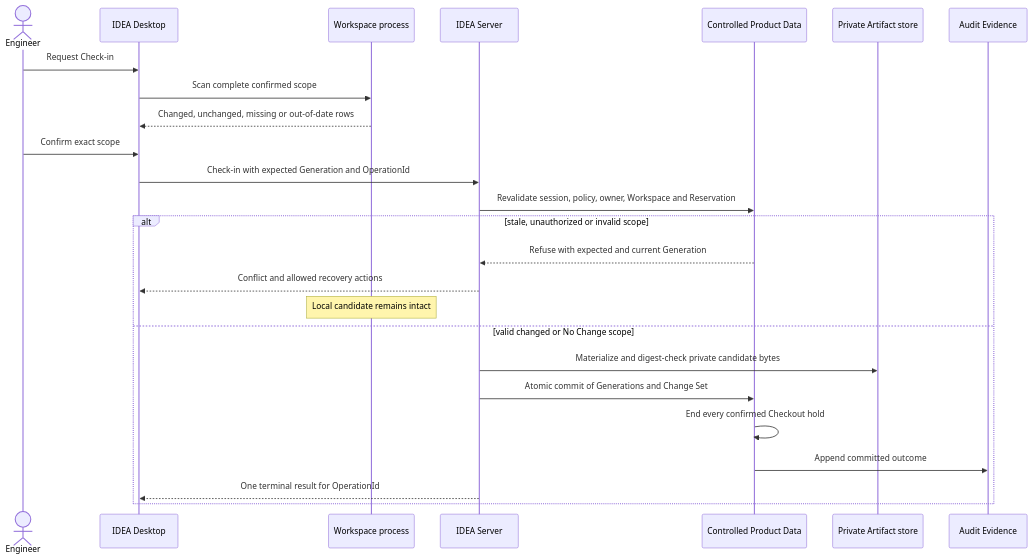
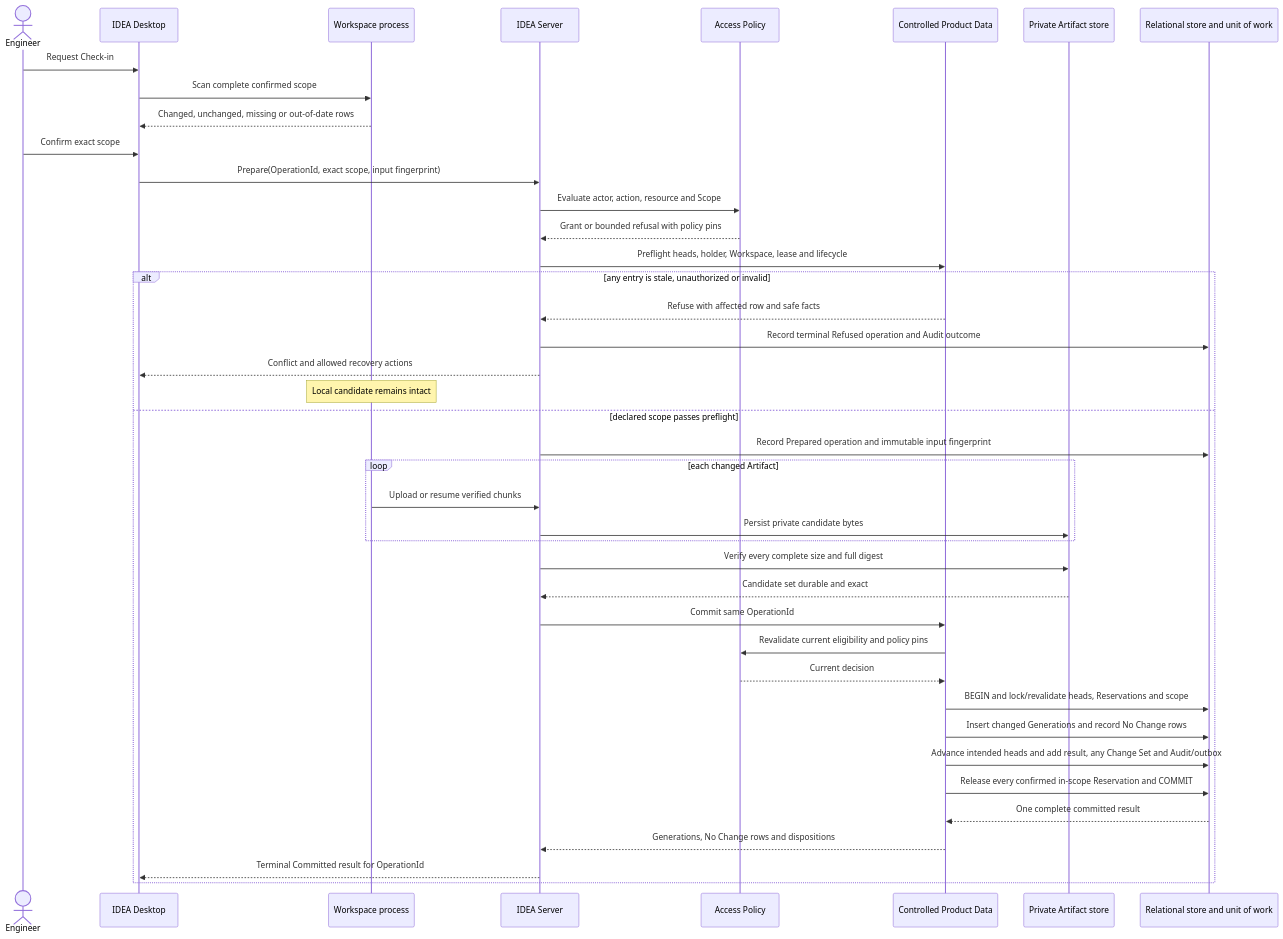
Diagram 13 of 19 in docs/product/instances/idea-engineering/DOC-05-architecture-description.md (devphuclam/IDEAEngineering), drawn with Mermaid before and after one commit. The commit also changed other lines of this file and 53 other files, not shown here.

Commit message:
docs: define IDEA architecture and controlled workflows

````diff
--- a/docs/product/instances/idea-engineering/DOC-05-architecture-description.md
+++ b/docs/product/instances/idea-engineering/DOC-05-architecture-description.md
@@ -401,28 +943,47 @@
 ```mermaid
 sequenceDiagram
+    accTitle: Atomic Check-in publication
+    accDescr: The engineer confirms an exact scope after a complete local scan. The server fixes the OperationId input fingerprint and checks authorization, current heads and Reservations. Changed bytes are staged and digest-verified privately. At commit time the server revalidates all gates and uses one database transaction to publish every changed Generation, update heads, record any Change Set plus the operation and outbox, and release all confirmed Reservations. Any refusal or pre-commit failure publishes none and preserves local work.
+
     actor Engineer
     participant Desktop as IDEA Desktop
     participant Workspace as Workspace process
     participant Server as IDEA Server
+    participant Policy as Access Policy
     participant Product as Controlled Product Data
     participant Store as Private Artifact store
-    participant Audit as Audit Evidence
+    participant DB as Relational store and unit of work
 
     Engineer->>Desktop: Request Check-in
     Desktop->>Workspace: Scan complete confirmed scope
     Workspace-->>Desktop: Changed, unchanged, missing or out-of-date rows
     Engineer->>Desktop: Confirm exact scope
-    Desktop->>Server: Check-in with expected Generation and OperationId
-    Server->>Product: Revalidate session, policy, owner, Workspace and Reservation
-    alt stale, unauthorized or invalid scope
-        Product-->>Server: Refuse with expected and current Generation
+    Desktop->>Server: Prepare(OperationId, exact scope, input fingerprint)
+    Server->>Policy: Evaluate actor, action, resource and Scope
+    Policy-->>Server: Grant or bounded refusal with policy pins
+    Server->>Product: Preflight heads, holder, Workspace, lease and lifecycle
+    alt any entry is stale, unauthorized or invalid
+        Product-->>Server: Refuse with affected row and safe facts
+        Server->>DB: Record terminal Refused operation and Audit outcome
         Server-->>Desktop: Conflict and allowed recovery actions
         Note over Workspace: Local candidate remains intact
-    else valid changed or No Change scope
-        Server->>Store: Materialize and digest-check private candidate bytes
-        Server->>Product: Atomic commit of Generations and Change Set
-        Product->>Product: End every confirmed Checkout hold
-        Product->>Audit: Append committed outcome
-        Server-->>Desktop: One terminal result for OperationId
+    else declared scope passes preflight
+        Server->>DB: Record Prepared operation and immutable input fingerprint
+        loop each changed Artifact
+            Workspace->>Server: Upload or resume verified chunks
+            Server->>Store: Persist private candidate bytes
+        end
+        Server->>Store: Verify every complete size and full digest
+        Store-->>Server: Candidate set durable and exact
+        Server->>Product: Commit same OperationId
+        Product->>Policy: Revalidate current eligibility and policy pins
+        Policy-->>Product: Current decision
+        Product->>DB: BEGIN and lock/revalidate heads, Reservations and scope
+        Product->>DB: Insert changed Generations and record No Change rows
+        Product->>DB: Advance intended heads and add result, any Change Set and Audit/outbox
+        Product->>DB: Release every confirmed in-scope Reservation and COMMIT
+        DB-->>Product: One complete committed result
+        Product-->>Server: Generations, No Change rows and dispositions
+        Server-->>Desktop: Terminal Committed result for OperationId
     end
 ```
````
